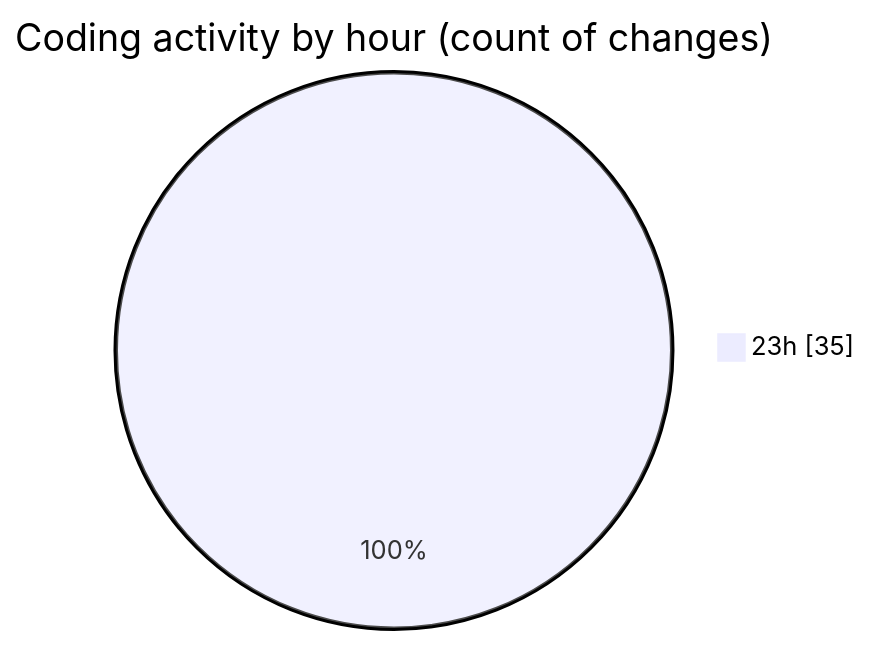
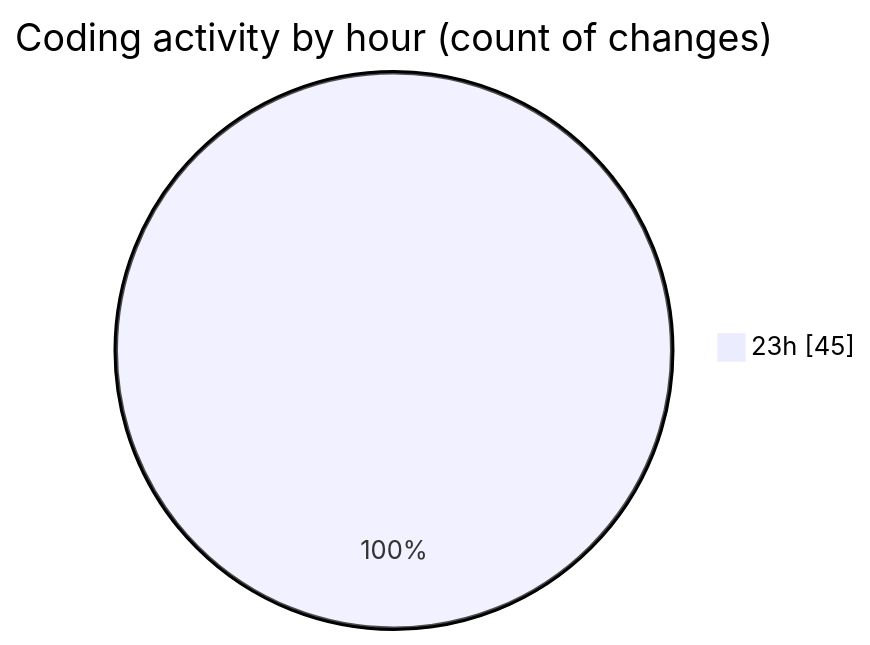
Before and after one commit to Ritupan-Deka/code-tracking: the second of 2 diagrams in 2025-07-31/javascript/README.md, drawn with Mermaid. The commit also changed other lines of this file and 1 other file, not shown here.

````diff
--- a/2025-07-31/javascript/README.md
+++ b/2025-07-31/javascript/README.md
@@ -29,5 +29,5 @@
 ```mermaid
 pie showData
 title Coding activity by hour (count of changes)
-"23h" : 35
+"23h" : 45
 ```
````
